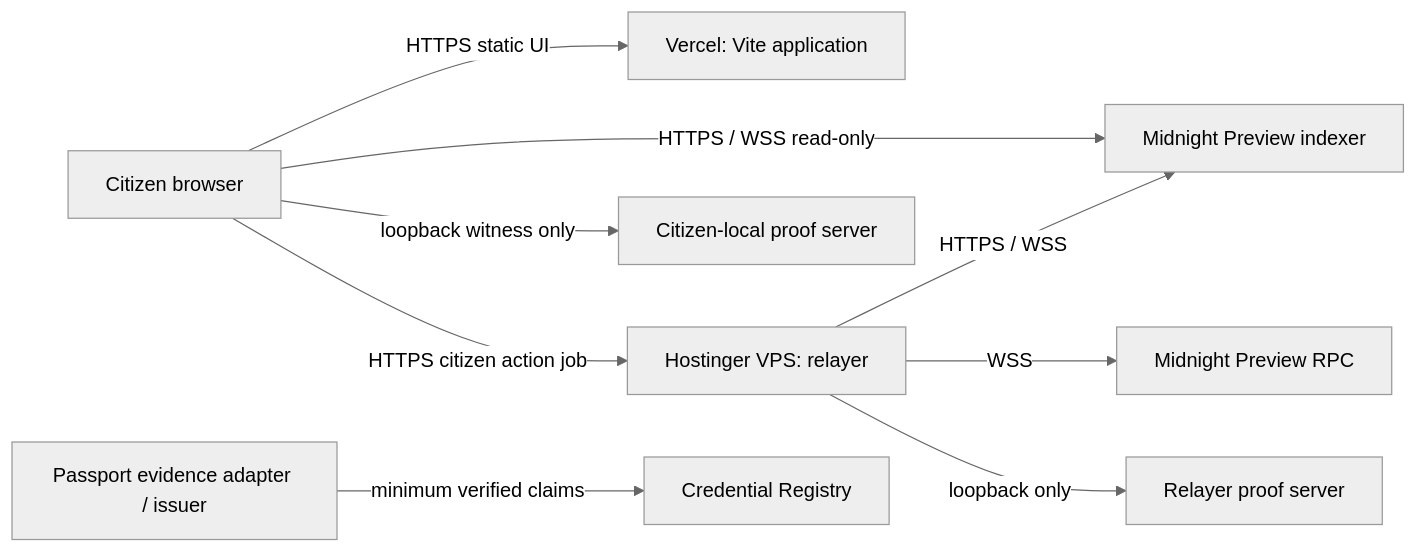
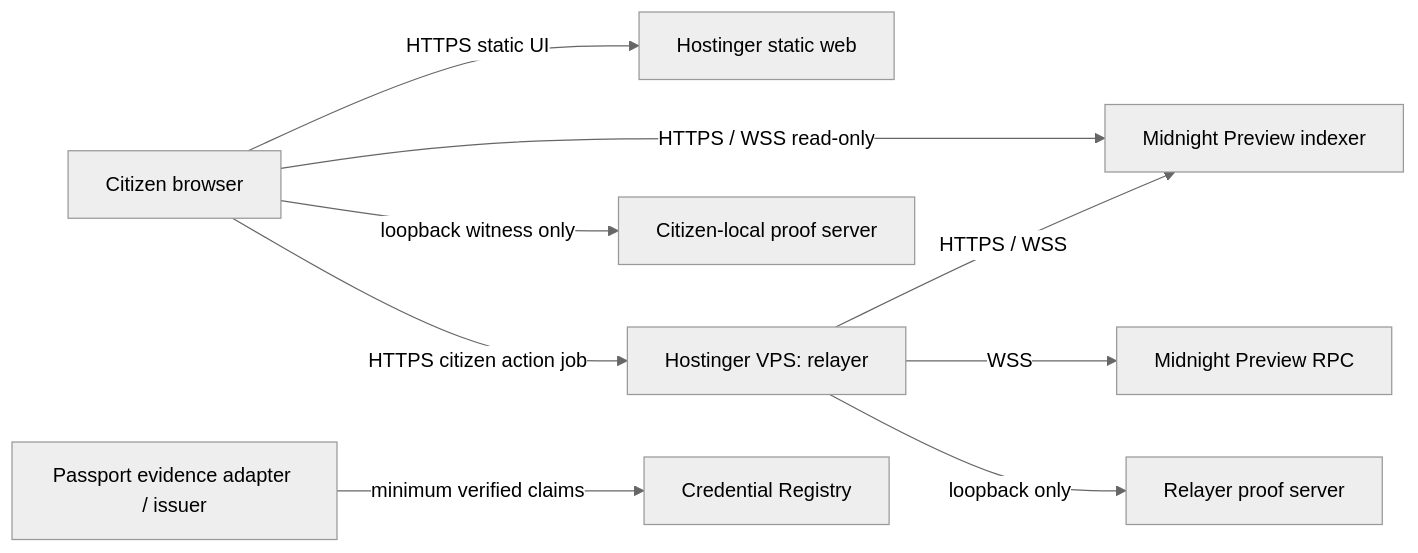
One commit to tomasgarro/midnight-referendum-app changed the diagram in docs/DEPLOYMENT.md. Above: the diagram before and after it, drawn with Mermaid (neutral theme). The commit also changed other lines of this file and 58 other files, not shown here.

````diff
--- a/docs/DEPLOYMENT.md
+++ b/docs/DEPLOYMENT.md
@@ -34,11 +38,11 @@
 ```mermaid
 flowchart LR
-  U[Citizen browser] -->|HTTPS static UI| V[Vercel: Vite application]
+  U[Citizen browser] -->|HTTPS static UI| V[Hostinger static web]
   U -->|HTTPS / WSS read-only| I[Midnight Preview indexer]
   U -->|loopback witness only| P[Citizen-local proof server]
   U -->|HTTPS citizen action job| R[Hostinger VPS: relayer]
   R -->|HTTPS / WSS| I
   R -->|WSS| N[Midnight Preview RPC]
   R -->|loopback only| RP[Relayer proof server]
   E[Passport evidence adapter / issuer] -->|minimum verified claims| CR[Credential Registry]
 ```
````
